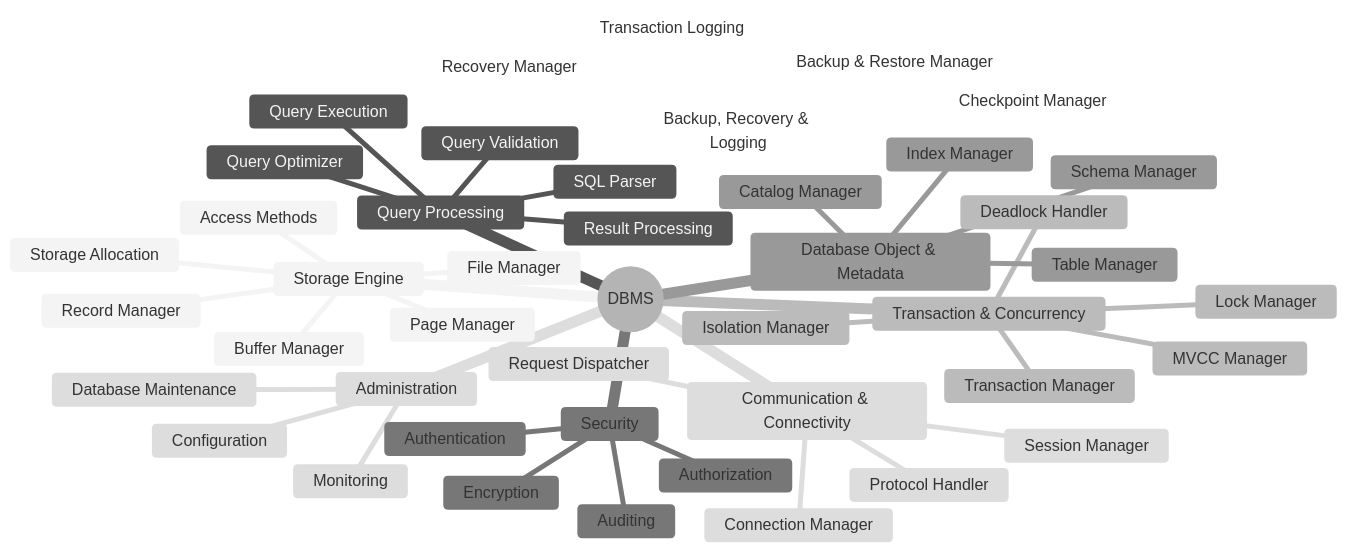
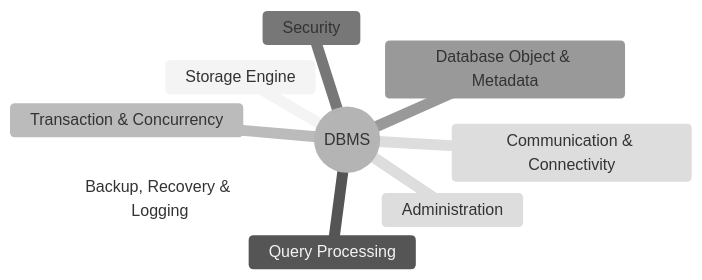
One commit to Ricky13170/DBMS changed the diagram in README.md. Above: the diagram before and after it, drawn with Mermaid (neutral theme). The commit also changed other lines of this file, not shown here.

````diff
--- a/README.md
+++ b/README.md
@@ -12,47 +12,12 @@
 ```mermaid
 mindmap
   root((DBMS))
     Storage Engine
-      File Manager
-      Page Manager
-      Buffer Manager
-      Record Manager
-      Access Methods
-      Storage Allocation
     Query Processing
-      SQL Parser
-      Query Validation
-      Query Optimizer
-      Query Execution
-      Result Processing
     Transaction & Concurrency
-      Transaction Manager
-      Lock Manager
-      Deadlock Handler
-      Isolation Manager
-      MVCC Manager
     Security
-      Authentication
-      Authorization
-      Encryption
-      Auditing
     Database Object & Metadata
-      Schema Manager
-      Table Manager
-      Index Manager
-      Catalog Manager
     Administration
-      Monitoring
-      Configuration
-      Database Maintenance
     Backup, Recovery & Logging
-      Transaction Logging
-      Checkpoint Manager
-      Recovery Manager
-      Backup & Restore Manager
     Communication & Connectivity
-      Connection Manager
-      Session Manager
-      Protocol Handler
-      Request Dispatcher
 ```
````
